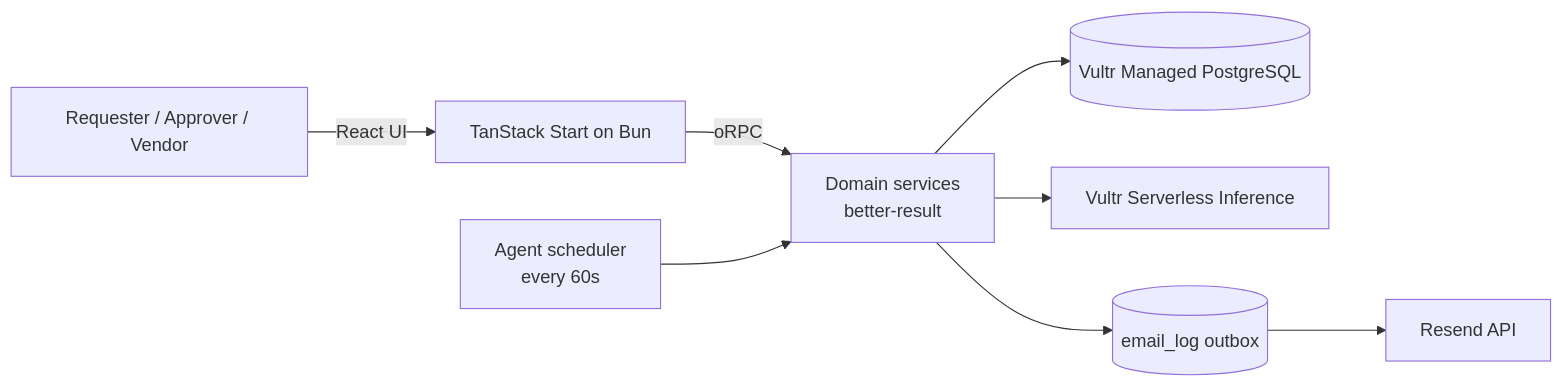
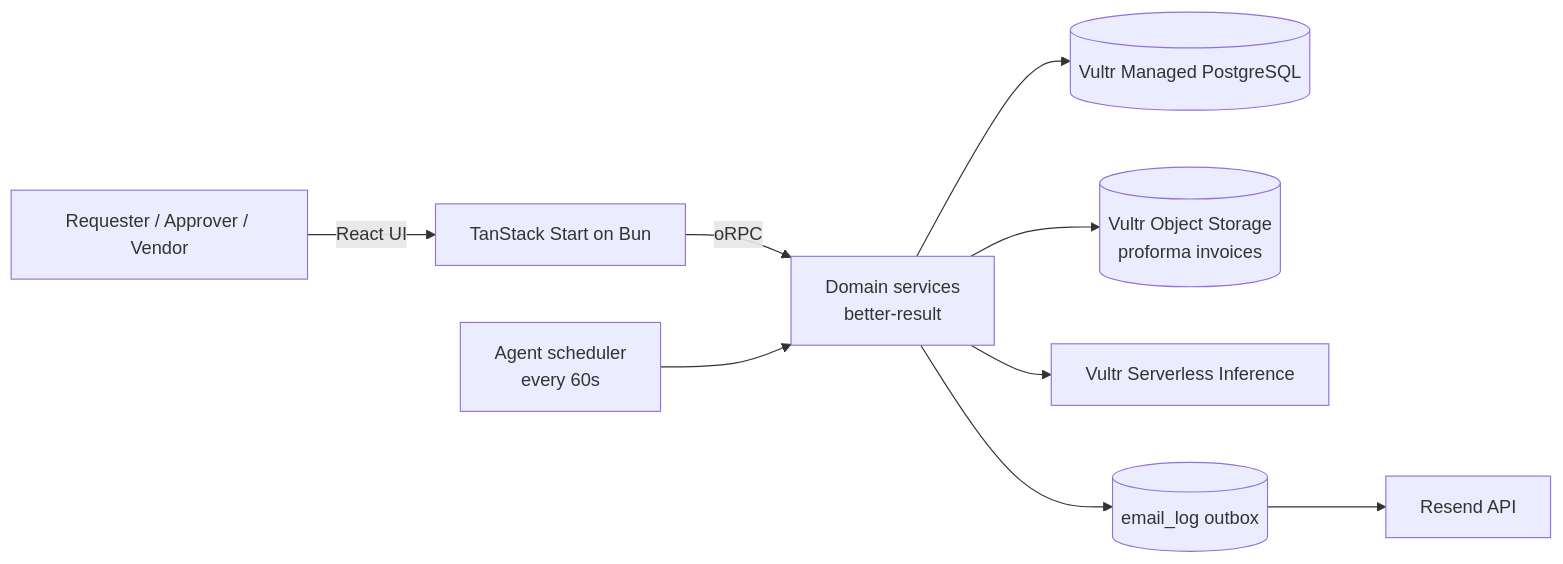
The diagram in README.md (VesperQuartz/fastprok), drawn with Mermaid before and after one commit. The commit also changed other lines of this file and 31 other files, not shown here.

First line of the commit message:
Add in-app notifications and vendor proforma invoices

````diff
--- a/README.md
+++ b/README.md
@@ -61,10 +64,11 @@
 ```mermaid
 flowchart LR
   U[Requester / Approver / Vendor] -->|React UI| N[TanStack Start on Bun]
   N -->|oRPC| D[Domain services<br/>better-result]
   D --> PG[(Vultr Managed PostgreSQL)]
+  D --> S3[(Vultr Object Storage<br/>proforma invoices)]
   D --> AI[Vultr Serverless Inference]
   D --> OUT[(email_log outbox)]
   OUT --> R[Resend API]
   SCH[Agent scheduler<br/>every 60s] --> D
 ```
````
